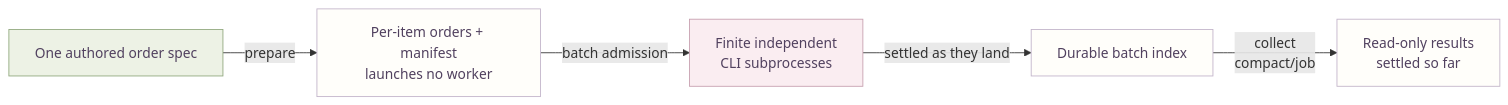
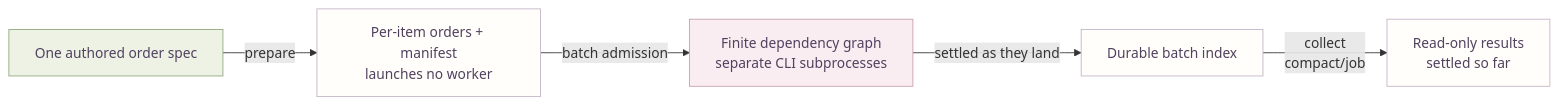
One commit to IndelibleVivi/codex-worker-routing changed the second of 3 diagrams in docs/architecture.en.md. Above: the diagram before and after it, drawn with Mermaid. The commit also changed other lines of this file and 30 other files, not shown here.

Commit message:
add dependency-bound batch workflows and decision impacts

````diff
--- a/docs/architecture.en.md
+++ b/docs/architecture.en.md
@@ -81,13 +81,13 @@
 ```mermaid
 flowchart LR
   Spec["One authored order spec"] -->|prepare| Man["Per-item orders + manifest<br/>launches no worker"]
-  Man -->|batch admission| Jobs["Finite independent<br/>CLI subprocesses"]
+  Man -->|batch admission| Jobs["Finite dependency graph<br/>separate CLI subprocesses"]
   Jobs -->|settled as they land| Index["Durable batch index"]
   Index -->|collect<br/>compact/job| Read["Read-only results<br/>settled so far"]
   classDef coordinator fill:#edf2e5,stroke:#8fa77c,color:#51415f
   classDef worker fill:#faedf1,stroke:#c69eae,color:#51415f
   classDef evidence fill:#fffefa,stroke:#c1b3c9,color:#51415f
   class Spec coordinator
   class Jobs worker
   class Man,Index,Read evidence
 ```
````
